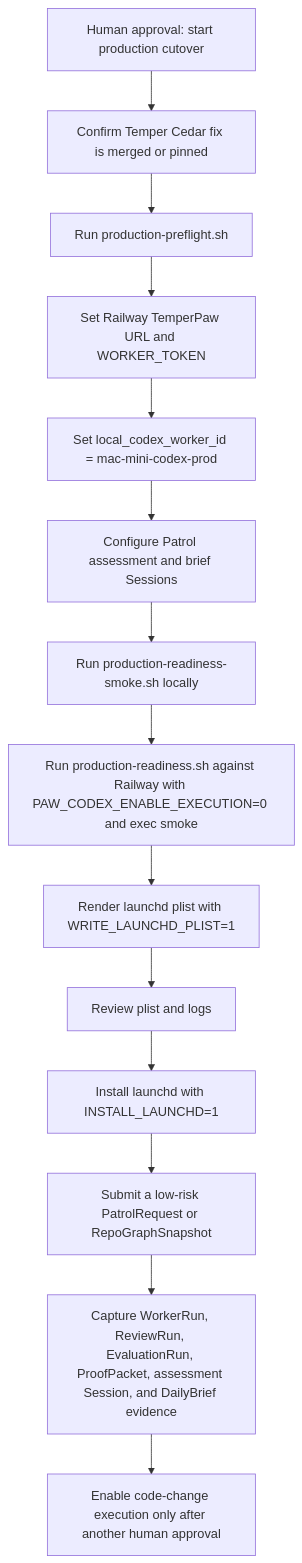
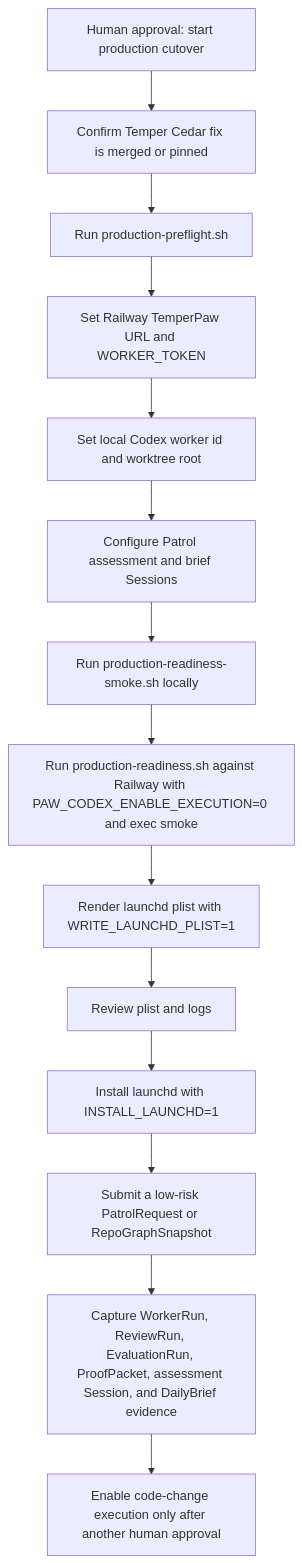
Before and after one commit to nerdsane/openpaw: the diagram in docs/runbooks/paw-patrol-production-cutover.md, drawn with Mermaid. The commit also changed other lines of this file and 16 other files, not shown here.

Commit message:
Configure Patrol worker worktree root

````diff
--- a/docs/runbooks/paw-patrol-production-cutover.md
+++ b/docs/runbooks/paw-patrol-production-cutover.md
@@ -10,16 +10,16 @@
 ```mermaid
 flowchart TD
     A["Human approval: start production cutover"] --> B["Confirm Temper Cedar fix is merged or pinned"]
     B --> C["Run production-preflight.sh"]
     C --> D["Set Railway TemperPaw URL and WORKER_TOKEN"]
-    D --> E["Set local_codex_worker_id = mac-mini-codex-prod"]
+    D --> E["Set local Codex worker id and worktree root"]
     E --> F["Configure Patrol assessment and brief Sessions"]
     F --> G["Run production-readiness-smoke.sh locally"]
     G --> H["Run production-readiness.sh against Railway with PAW_CODEX_ENABLE_EXECUTION=0 and exec smoke"]
     H --> I["Render launchd plist with WRITE_LAUNCHD_PLIST=1"]
     I --> J["Review plist and logs"]
     J --> K["Install launchd with INSTALL_LAUNCHD=1"]
     K --> L["Submit a low-risk PatrolRequest or RepoGraphSnapshot"]
     L --> M["Capture WorkerRun, ReviewRun, EvaluationRun, ProofPacket, assessment Session, and DailyBrief evidence"]
     M --> N["Enable code-change execution only after another human approval"]
 ```
````
